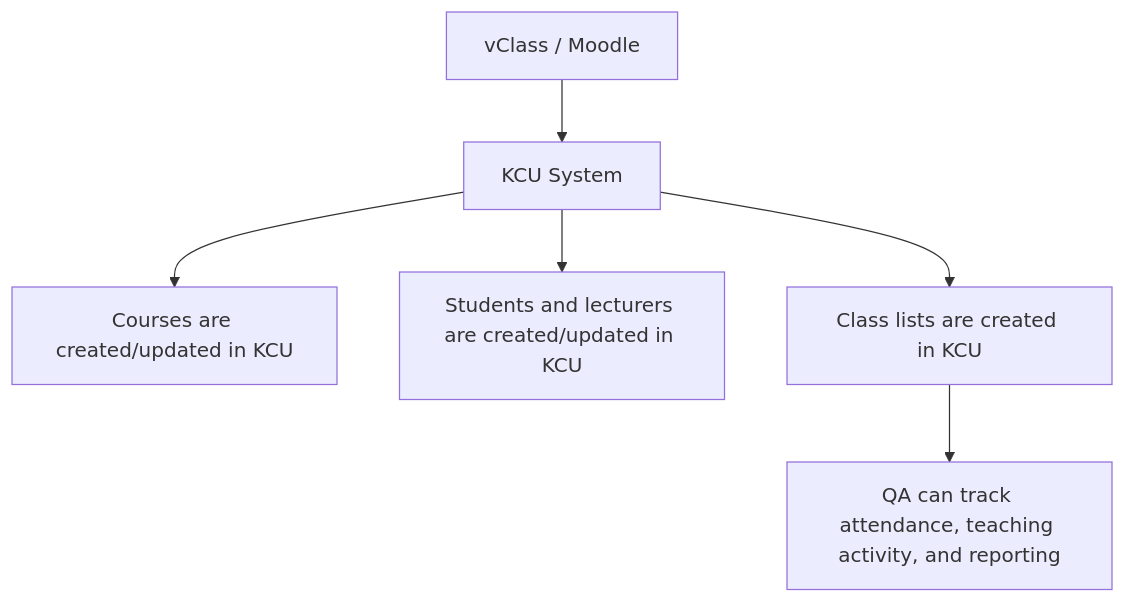
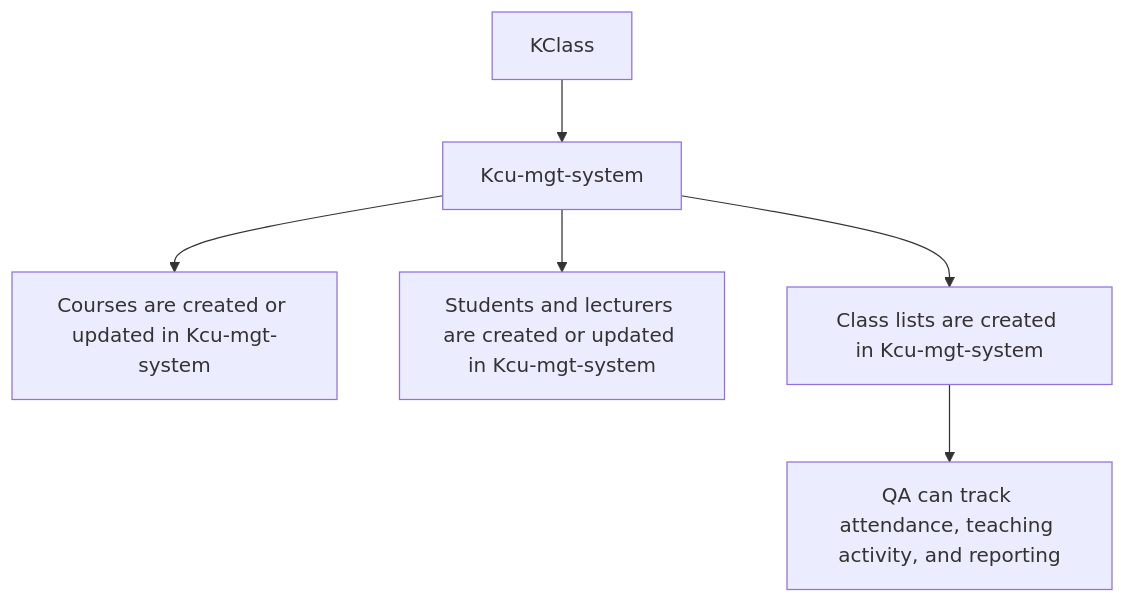
One commit to Iranks20/university-mgt-system-frontend changed the first of 6 diagrams in docs/FLOW_OVERVIEW_README.md. Above: the diagram before and after it, drawn with Mermaid. The commit also changed other lines of this file, not shown here.

````diff
--- a/docs/FLOW_OVERVIEW_README.md
+++ b/docs/FLOW_OVERVIEW_README.md
@@ -25,8 +25,8 @@
 ```mermaid
 flowchart TD
-  A[vClass / Moodle] --> B[KCU System]
-  B --> C[Courses are created/updated in KCU]
-  B --> D[Students and lecturers are created/updated in KCU]
-  B --> E[Class lists are created in KCU]
+  A[KClass] --> B[Kcu-mgt-system]
+  B --> C[Courses are created or updated in Kcu-mgt-system]
+  B --> D[Students and lecturers are created or updated in Kcu-mgt-system]
+  B --> E[Class lists are created in Kcu-mgt-system]
   E --> F[QA can track attendance, teaching activity, and reporting]
 ```
````
